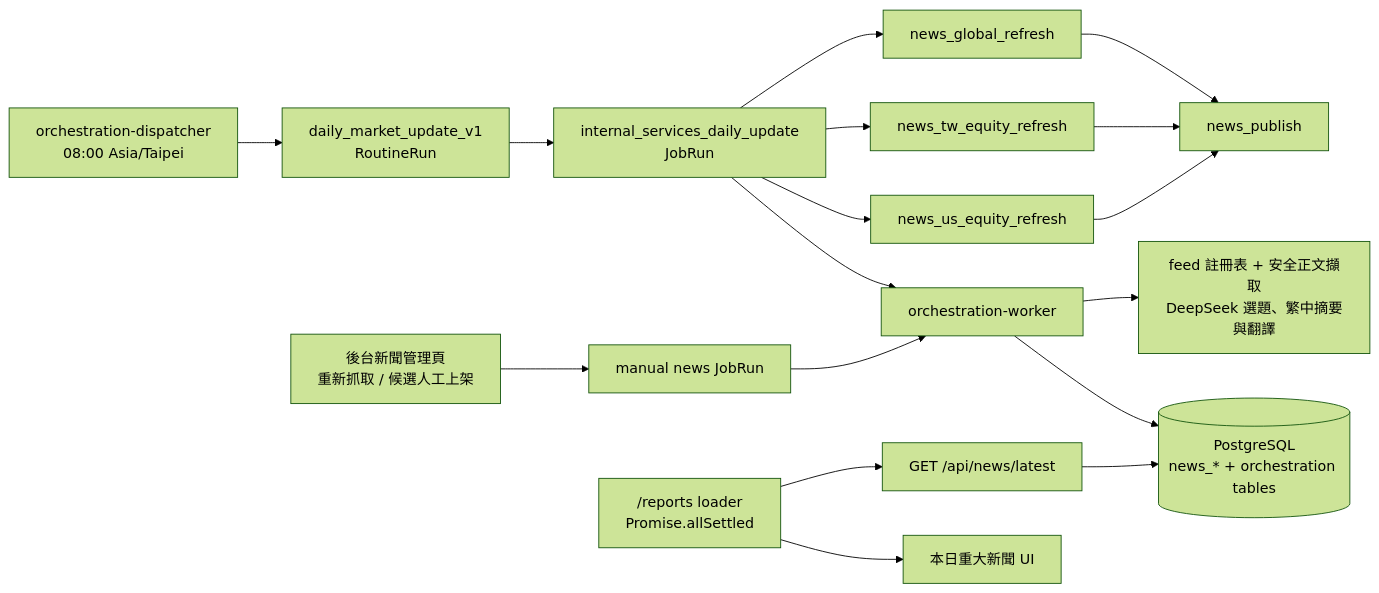
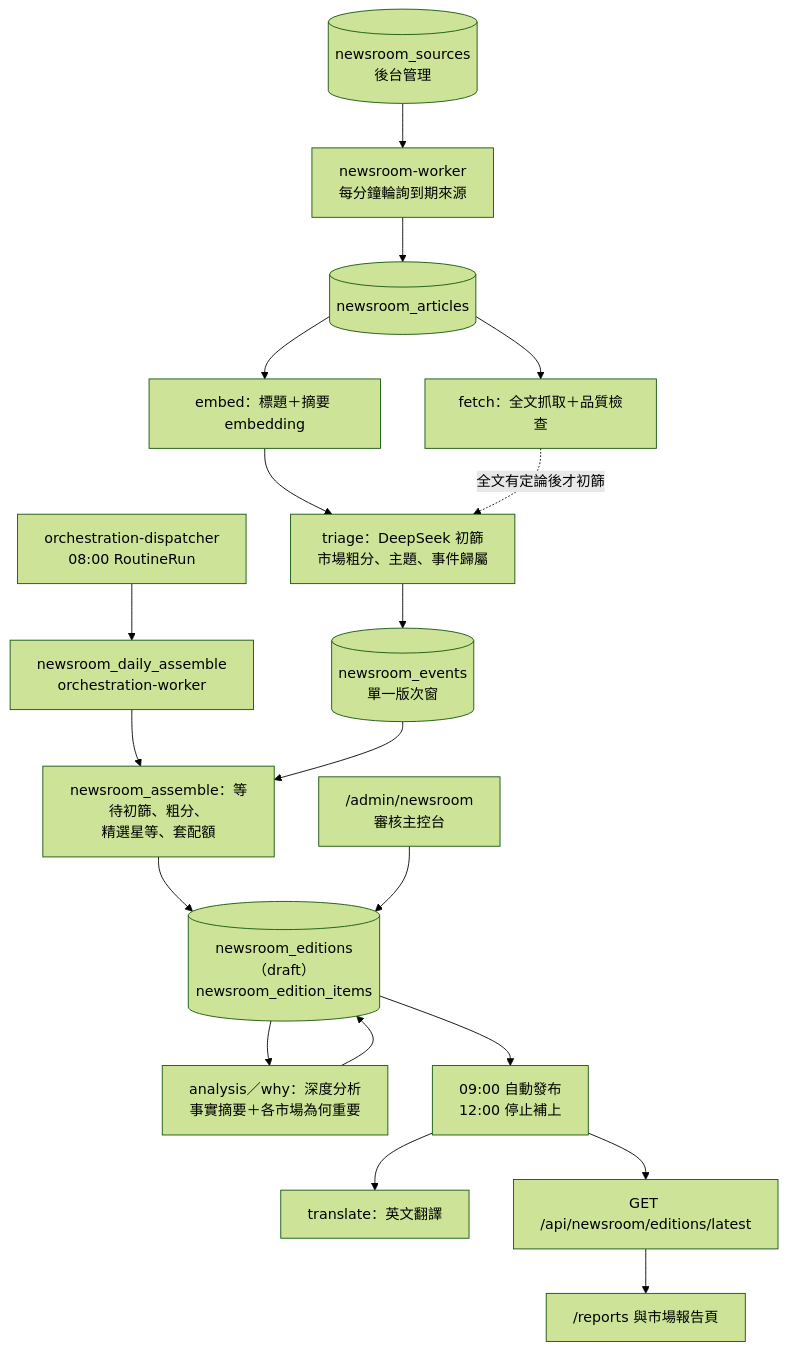
One commit to FPI-TW/daily-insights changed the diagram in docs/architecture/daily-news.md. Above: the diagram before and after it, drawn with Mermaid (forest theme). The commit also changed other lines of this file and 282 other files, not shown here.

First line of the commit message:
feat: rebuild the key news pipeline as newsroom (#103)

````diff
--- a/docs/architecture/daily-news.md
+++ b/docs/architecture/daily-news.md
@@ -26,19 +30,21 @@
 ```mermaid
-flowchart LR
-    S["orchestration-dispatcher<br/>08:00 Asia/Taipei"] --> R["daily_market_update_v1<br/>RoutineRun"]
-    R --> J["internal_services_daily_update<br/>JobRun"]
-    J --> G["news_global_refresh"]
-    J --> T["news_tw_equity_refresh"]
-    J --> U["news_us_equity_refresh"]
-    G --> P["news_publish"]
-    T --> P
-    U --> P
-    M["後台新聞管理頁<br/>重新抓取 / 候選人工上架"] --> MJ["manual news JobRun"]
-    MJ --> W["orchestration-worker"]
-    J --> W
-    W --> F["feed 註冊表 + 安全正文擷取<br/>DeepSeek 選題、繁中摘要與翻譯"]
-    W --> DB[("PostgreSQL<br/>news_* + orchestration tables")]
-    LR["/reports loader<br/>Promise.allSettled"] --> A["GET /api/news/latest"]
-    A --> DB
-    LR --> UI["本日重大新聞 UI"]
+flowchart TB
+    SRC[("newsroom_sources<br/>後台管理")] --> POLL["newsroom-worker<br/>每分鐘輪詢到期來源"]
+    POLL --> ART[("newsroom_articles")]
+    ART --> FETCH["fetch：全文抓取＋品質檢查"]
+    ART --> EMB["embed：標題＋摘要 embedding"]
+    EMB --> TRI["triage：DeepSeek 初篩<br/>市場粗分、主題、事件歸屬"]
+    FETCH -. 全文有定論後才初篩 .-> TRI
+    TRI --> EVT[("newsroom_events<br/>單一版次窗")]
+    DISP["orchestration-dispatcher<br/>08:00 RoutineRun"] --> JOB["newsroom_daily_assemble<br/>orchestration-worker"]
+    JOB --> ASM["newsroom_assemble：等待初篩、粗分、<br/>精選星等、套配額"]
+    EVT --> ASM
+    ASM --> ED[("newsroom_editions（draft）<br/>newsroom_edition_items")]
+    ED --> ANA["analysis／why：深度分析<br/>事實摘要＋各市場為何重要"]
+    ANA --> ED
+    ADMIN["/admin/newsroom<br/>審核主控台"] --> ED
+    ED --> PUB["09:00 自動發布<br/>12:00 停止補上"]
+    PUB --> EN["translate：英文翻譯"]
+    PUB --> API["GET /api/newsroom/editions/latest"]
+    API --> UI["/reports 與市場報告頁"]
 ```
````
